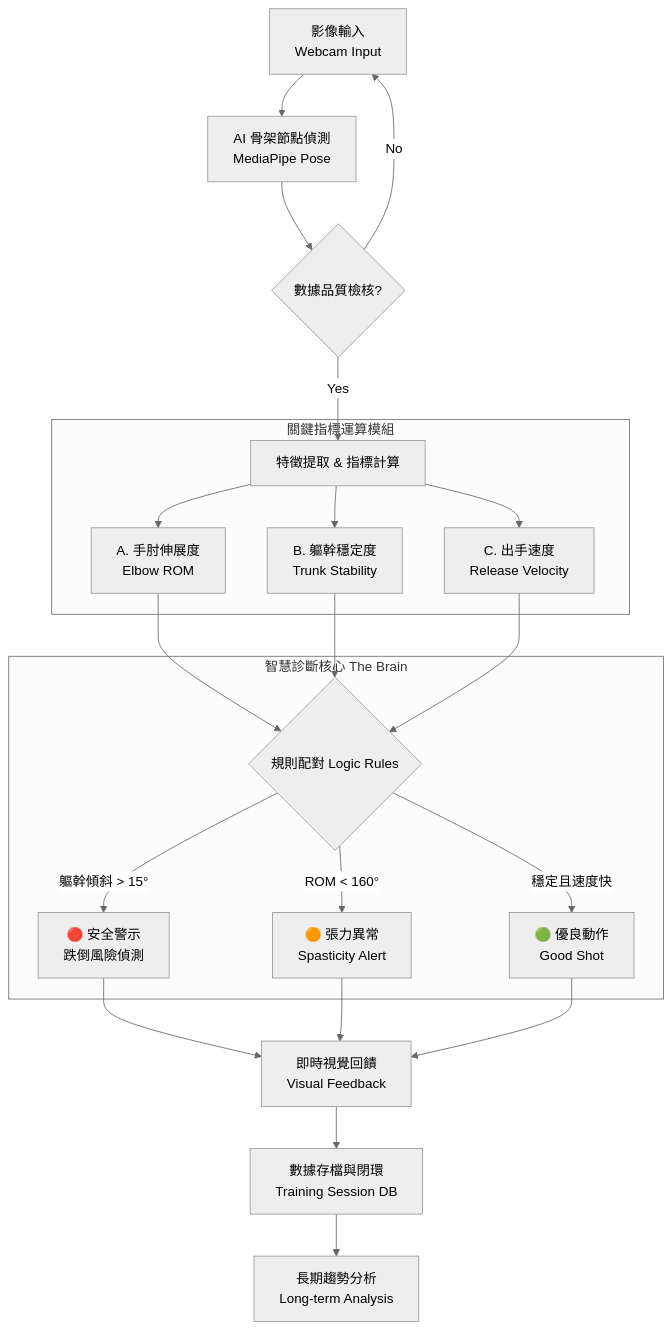
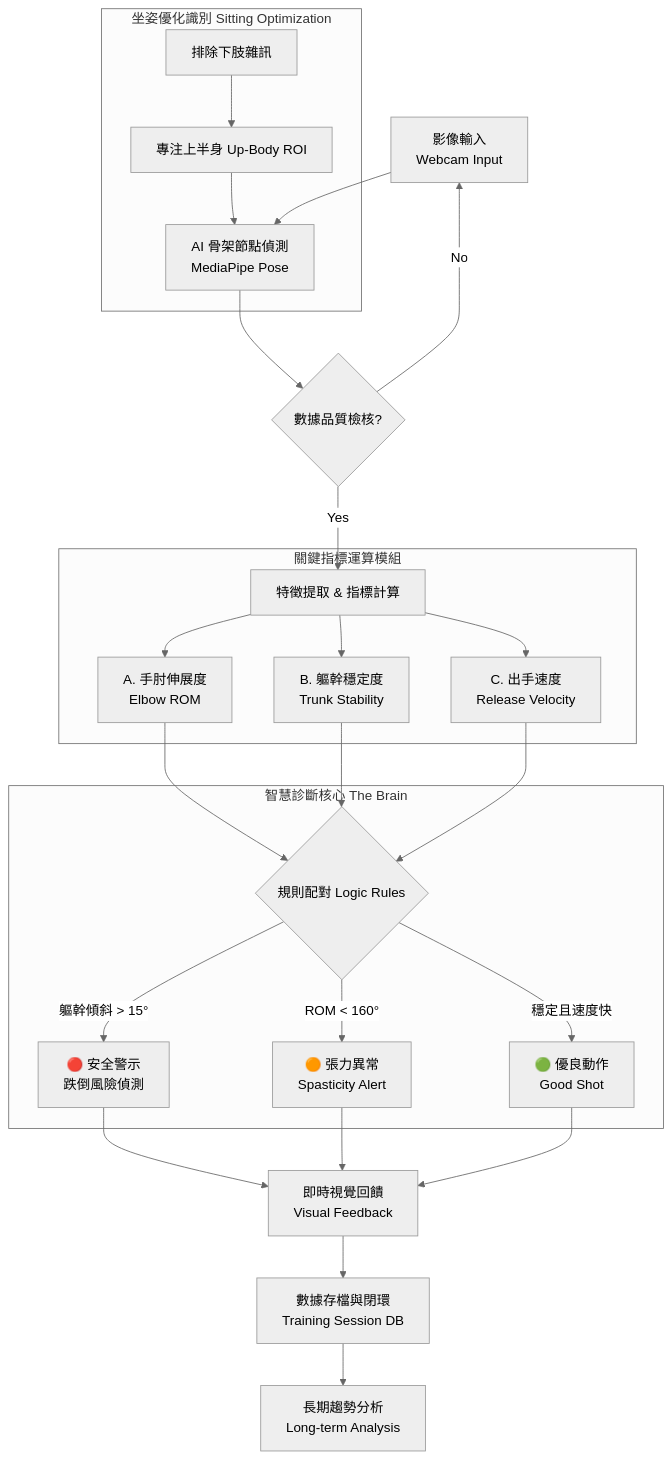
Before and after one commit to secrects2/Daoli2026: the diagram in floor-curling-app/docs/patent_materials.md, drawn with Mermaid (neutral theme). The commit also changed 1 other file, not shown here.

Commit message:
feat(ai): 新增專利宣告標籤，優化坐姿識別模式指示與醫療數據標頭

````diff
--- a/floor-curling-app/docs/patent_materials.md
+++ b/floor-curling-app/docs/patent_materials.md
@@ -8,30 +8,35 @@
 ```mermaid
 graph TD
     A[影像輸入<br>Webcam Input] --> B[AI 骨架節點偵測<br>MediaPipe Pose]
     B --> C{數據品質檢核?}
     C -->|No| A
     C -->|Yes| D[特徵提取 & 指標計算]
     
     subgraph Metrics [關鍵指標運算模組]
     D --> E[A. 手肘伸展度<br>Elbow ROM]
     D --> F[B. 軀幹穩定度<br>Trunk Stability]
     D --> G[C. 出手速度<br>Release Velocity]
     end
     
     subgraph Brain [智慧診斷核心 The Brain]
     E --> H{規則配對 Logic Rules}
     F --> H
     G --> H
     
     H -->|軀幹傾斜 > 15°| I[🔴 安全警示<br>跌倒風險偵測]
     H -->|ROM < 160°| J[🟠 張力異常<br>Spasticity Alert]
     H -->|穩定且速度快| K[🟢 優良動作<br>Good Shot]
     end
     
     I --> L[即時視覺回饋<br>Visual Feedback]
     J --> L
     K --> L
     
     L --> M[數據存檔與閉環<br>Training Session DB]
     M --> N[長期趨勢分析<br>Long-term Analysis]
+
+    subgraph Optimize [坐姿優化識別 Sitting Optimization]
+    O[排除下肢雜訊] --> P[專注上半身 Up-Body ROI]
+    P --> B
+    end
 ```
````
